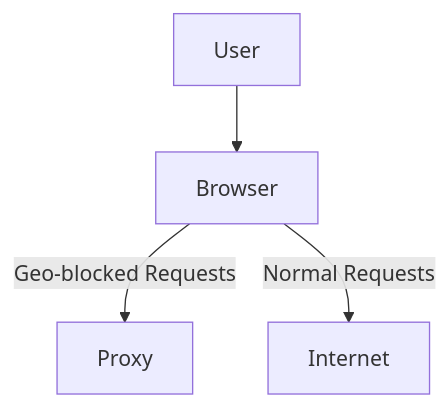
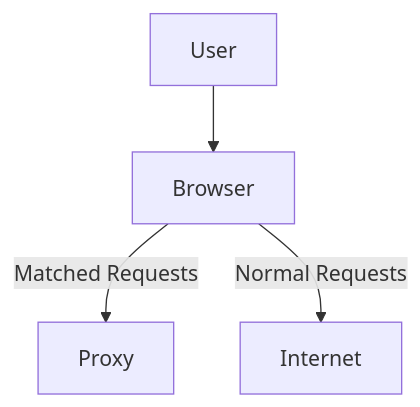
Before and after one commit to MeGaNeKoS/GeoBypasser: the first of 2 diagrams in README.md, drawn with Mermaid. The commit also changed other lines of this file and 3 other files, not shown here.

````diff
--- a/README.md
+++ b/README.md
@@ -5,6 +5,6 @@
 ```mermaid
 graph TD
     User --> Browser
-    Browser -- "Geo-blocked Requests" --> Proxy
+    Browser -- "Matched Requests" --> Proxy
     Browser -- Normal Requests --> Internet
 ```
````
